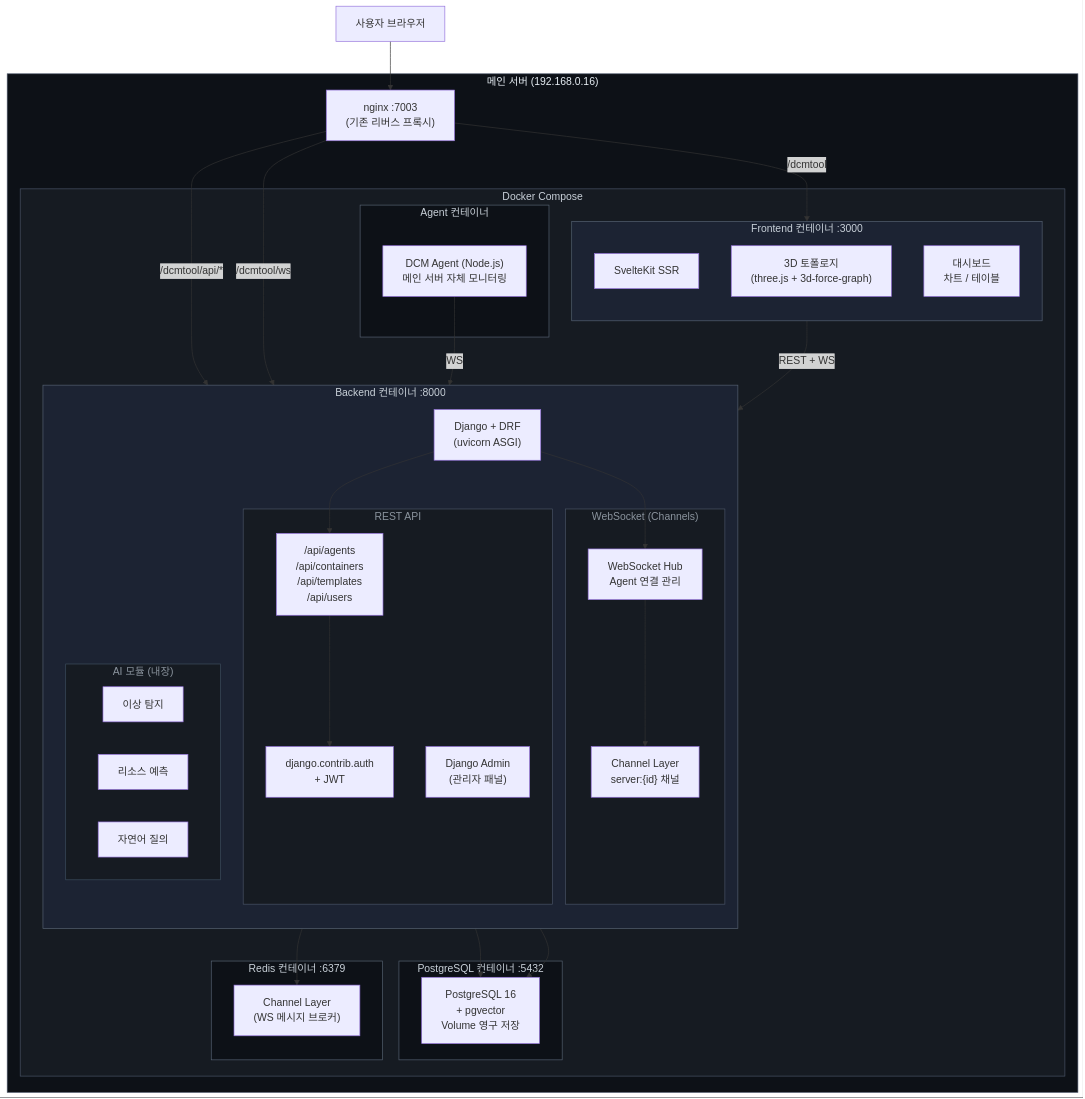
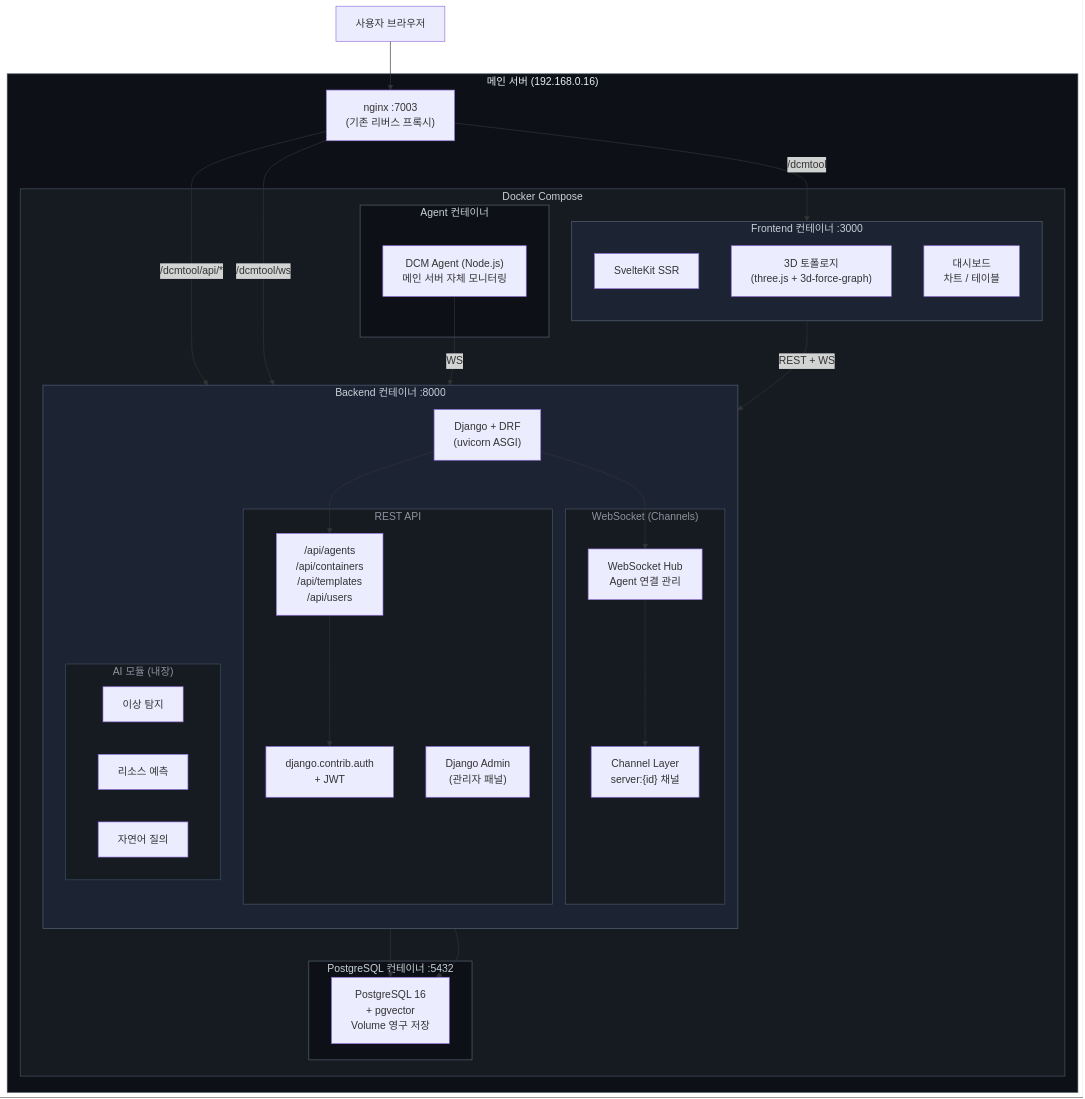
The third of 11 diagrams in docs/to-be-architecture.md (qkr7287/HyperCube), drawn with Mermaid before and after one commit. The commit also changed other lines of this file, not shown here.

First line of the commit message:
docs: remove Redis, simplify to 4-container architecture

````diff
--- a/docs/to-be-architecture.md
+++ b/docs/to-be-architecture.md
@@ -187,76 +181,70 @@
 ```mermaid
 graph TB
     subgraph MainServer["메인 서버 (192.168.0.16)"]
         Nginx["nginx :7003<br/>(기존 리버스 프록시)"]
 
         subgraph Docker["Docker Compose"]
             subgraph FE["Frontend 컨테이너 :3000"]
                 direction TB
                 SSR["SvelteKit SSR"]
                 ThreeJS["3D 토폴로지<br/>(three.js + 3d-force-graph)"]
                 Charts["대시보드<br/>차트 / 테이블"]
             end
 
             subgraph BE["Backend 컨테이너 :8000"]
                 direction TB
                 DjangoServer["Django + DRF<br/>(uvicorn ASGI)"]
 
                 subgraph API["REST API"]
                     Routes["/api/agents<br/>/api/containers<br/>/api/templates<br/>/api/users"]
                     DjangoAuth["django.contrib.auth<br/>+ JWT"]
                     AdminPanel["Django Admin<br/>(관리자 패널)"]
                 end
 
                 subgraph WS["WebSocket (Channels)"]
                     Hub["WebSocket Hub<br/>Agent 연결 관리"]
                     ChLayer["Channel Layer<br/>server:{id} 채널"]
                 end
 
                 subgraph AIModule["AI 모듈 (내장)"]
                     Anomaly["이상 탐지"]
                     Predict["리소스 예측"]
                     NLQ["자연어 질의"]
                 end
 
                 DjangoServer --> Routes
                 DjangoServer --> Hub
                 Routes --> DjangoAuth
                 Hub --> ChLayer
             end
 
             subgraph PgContainer["PostgreSQL 컨테이너 :5432"]
                 PgDB2["PostgreSQL 16<br/>+ pgvector<br/>Volume 영구 저장"]
             end
 
-            subgraph RedisC["Redis 컨테이너 :6379"]
-                RedisServer["Channel Layer<br/>(WS 메시지 브로커)"]
-            end
-
             subgraph AgentLocal["Agent 컨테이너"]
                 AgentProcess["DCM Agent (Node.js)<br/>메인 서버 자체 모니터링"]
             end
         end
 
         Nginx -->|"/dcmtool"| SSR
         Nginx -->|"/dcmtool/api/*"| DjangoServer
         Nginx -->|"/dcmtool/ws"| Hub
     end
 
     Browser["사용자 브라우저"] --> Nginx
     SSR -->|"REST + WS"| DjangoServer
     DjangoServer --> PgDB2
-    ChLayer --> RedisServer
     AIModule --> PgDB2
     AgentProcess -->|WS| Hub
 
     style MainServer fill:#0d1117,stroke:#4a5568,color:#e6edf3
     style Docker fill:#161b22,stroke:#4a5568,color:#c9d1d9
     style FE fill:#1c2333,stroke:#586474,color:#c9d1d9
     style BE fill:#1c2333,stroke:#586474,color:#c9d1d9
     style API fill:#161b22,stroke:#4a5568,color:#8b949e
     style WS fill:#161b22,stroke:#4a5568,color:#8b949e
     style AIModule fill:#161b22,stroke:#3d4f5f,color:#8b949e
     style AgentLocal fill:#0d1117,stroke:#586474,color:#c9d1d9
     style PgContainer fill:#0d1117,stroke:#586474,color:#c9d1d9
-    style RedisC fill:#0d1117,stroke:#586474,color:#c9d1d9
 ```
````
